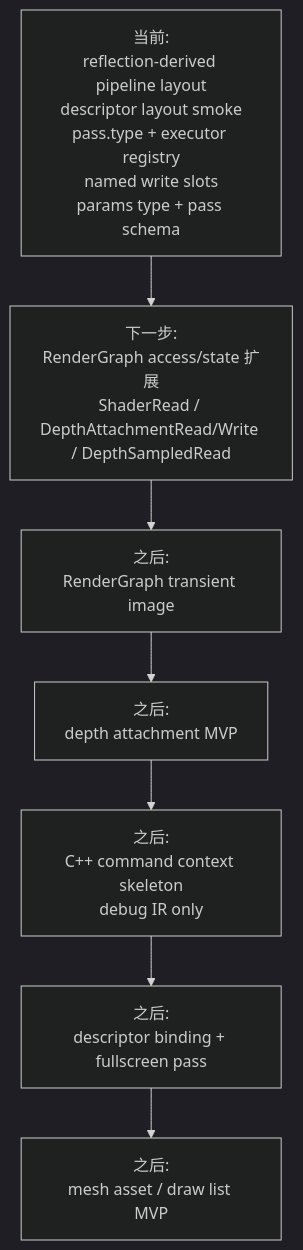
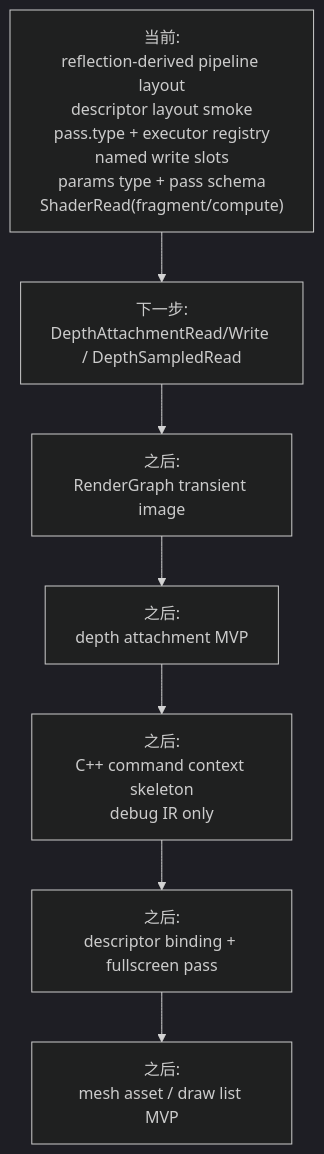
Before and after one commit to 66six11/Engine: diagram 11 of 11 in docs/flow-architecture.md, drawn with Mermaid (dark theme). The commit also changed other lines of this file and 4 other files, not shown here.

Commit message:
feat: add render graph shader read access

````diff
--- a/docs/flow-architecture.md
+++ b/docs/flow-architecture.md
@@ -343,12 +349,12 @@
 ```mermaid
 flowchart TD
-    Now["当前:<br/>reflection-derived pipeline layout<br/>descriptor layout smoke<br/>pass.type + executor registry<br/>named write slots<br/>params type + pass schema"]
-    Step1["下一步:<br/>RenderGraph access/state 扩展<br/>ShaderRead / DepthAttachmentRead/Write / DepthSampledRead"]
+    Now["当前:<br/>reflection-derived pipeline layout<br/>descriptor layout smoke<br/>pass.type + executor registry<br/>named write slots<br/>params type + pass schema<br/>ShaderRead(fragment/compute)"]
+    Step1["下一步:<br/>DepthAttachmentRead/Write / DepthSampledRead"]
     Step2["之后:<br/>RenderGraph transient image"]
     Step3["之后:<br/>depth attachment MVP"]
     Step4["之后:<br/>C++ command context skeleton<br/>debug IR only"]
     Step5["之后:<br/>descriptor binding + fullscreen pass"]
     Step6["之后:<br/>mesh asset / draw list MVP"]
 
     Now --> Step1 --> Step2 --> Step3 --> Step4 --> Step5 --> Step6
 ```
````
